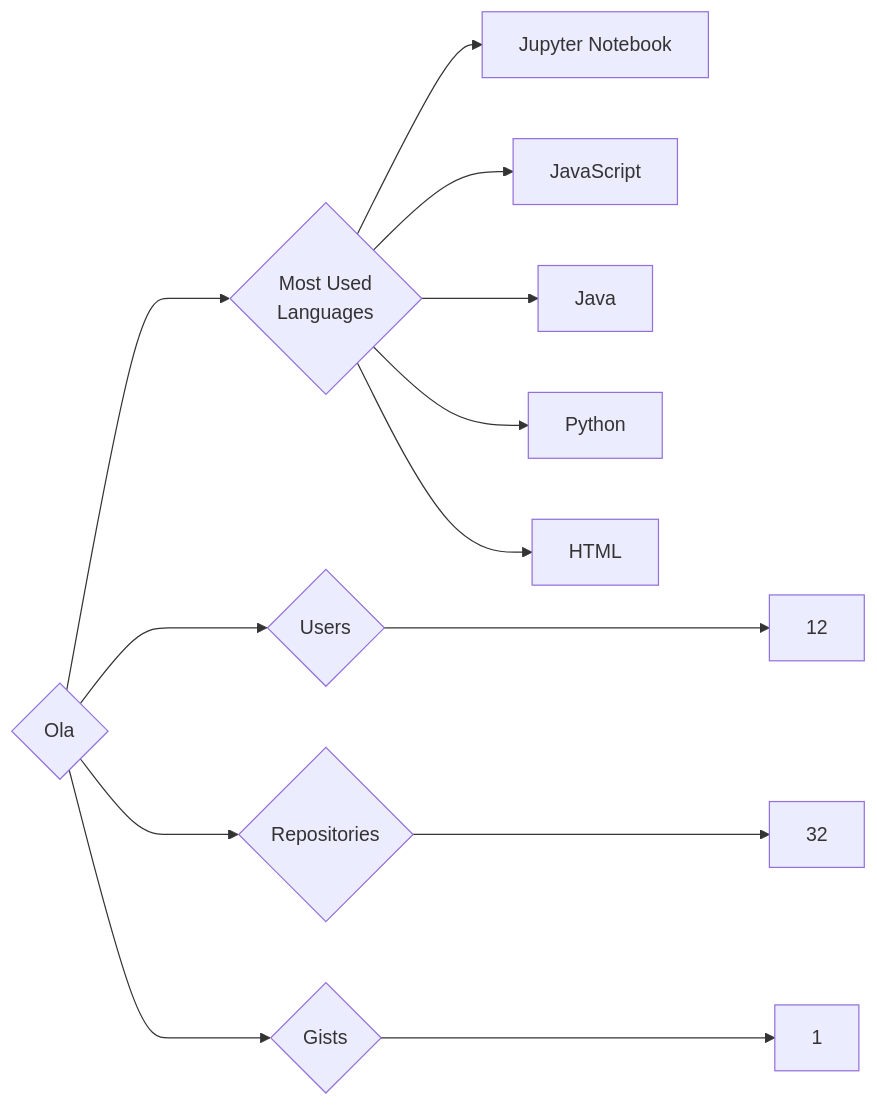
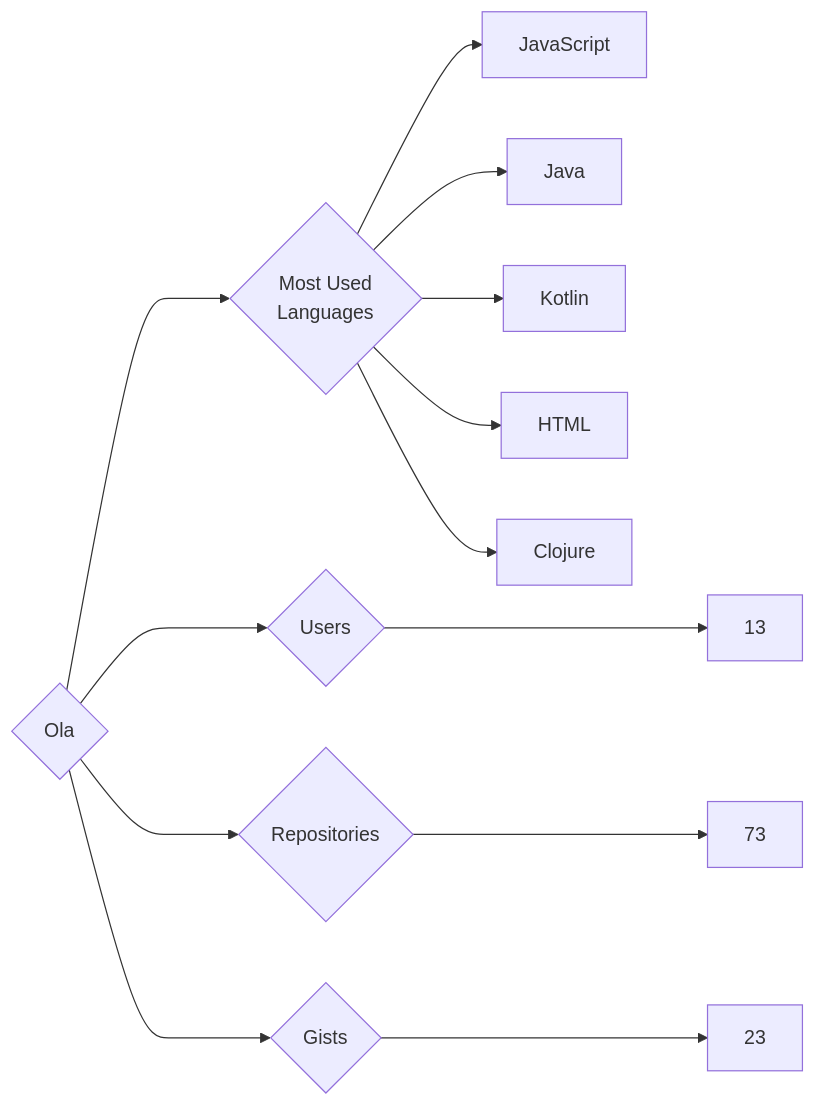
The diagram in targets/Ola/README.md (trickest/insiders), drawn with Mermaid before and after one commit. The commit also changed 829 other files, not shown here.

````diff
--- a/targets/Ola/README.md
+++ b/targets/Ola/README.md
@@ -3,13 +3,13 @@
 ```mermaid
 graph LR
 COMPANY_NAME{Ola}
-COMPANY_NAME ---> U{Users} ---> UN[12]
-COMPANY_NAME ---> R{Repositories} ---> RN[32]
-COMPANY_NAME ---> G{Gists} ---> GN[1]
+COMPANY_NAME ---> U{Users} ---> UN[13]
+COMPANY_NAME ---> R{Repositories} ---> RN[73]
+COMPANY_NAME ---> G{Gists} ---> GN[23]
 COMPANY_NAME ---> ML{Most Used<br>Languages}
-ML --> Jupyter_Notebook[Jupyter Notebook]
 ML --> JavaScript[JavaScript]
 ML --> Java[Java]
-ML --> Python[Python]
+ML --> Kotlin[Kotlin]
 ML --> HTML[HTML]
+ML --> Clojure[Clojure]
 ```
````
